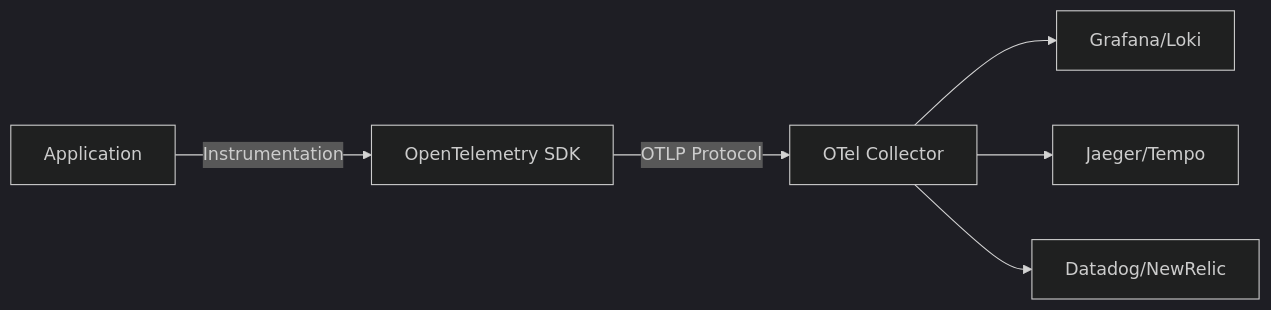
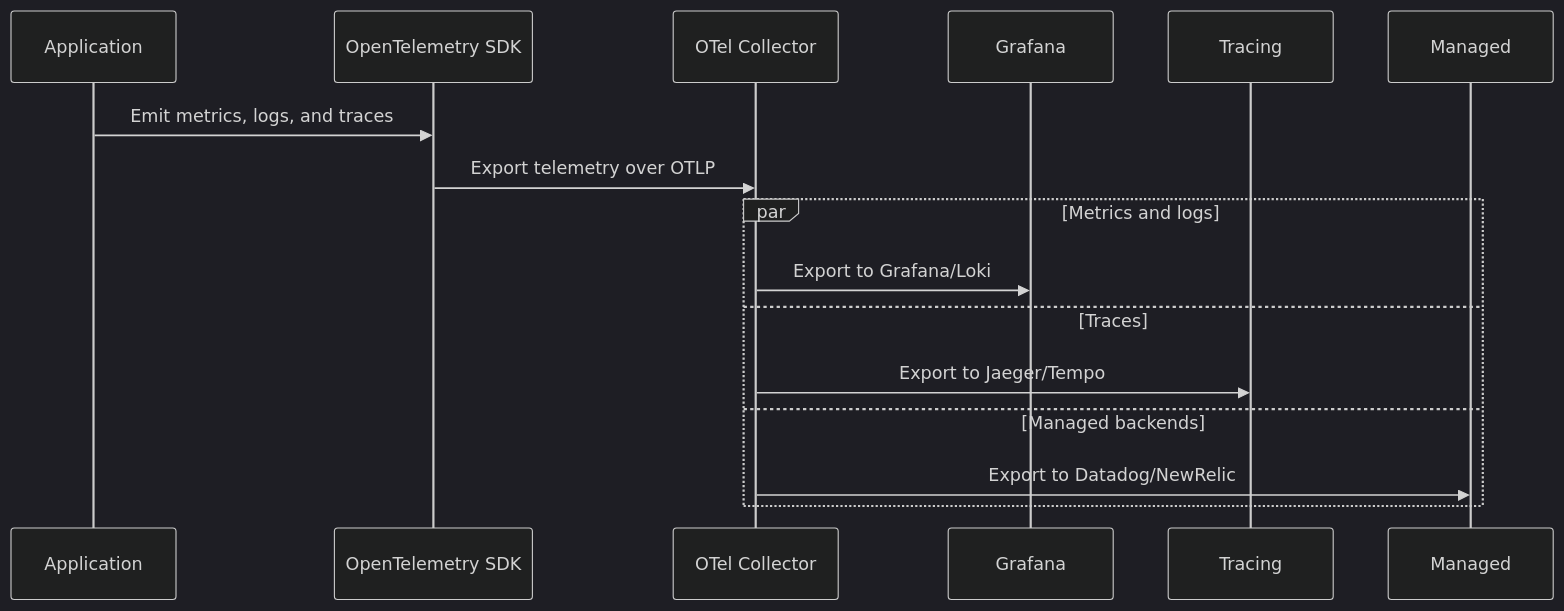
The second of 2 diagrams in content/articles/observability-systems/index.md (dyotamo/blog), drawn with Mermaid (dark theme) before and after one commit. The commit also changed other lines of this file and 26 other files, not shown here.

````diff
--- a/content/articles/observability-systems/index.md
+++ b/content/articles/observability-systems/index.md
@@ -85,8 +85,15 @@
 ```mermaid
-graph LR
-    App[Application] -->|Instrumentation| OTel[OpenTelemetry SDK]
-    OTel -->|OTLP Protocol| Collector[OTel Collector]
-    Collector --> Backend1[Grafana/Loki]
-    Collector --> Backend2[Jaeger/Tempo]
-    Collector --> Backend3[Datadog/NewRelic]
+sequenceDiagram
+    participant App as Application
+    participant SDK as OpenTelemetry SDK
+    participant Collector as OTel Collector
+    App->>SDK: Emit metrics, logs, and traces
+    SDK->>Collector: Export telemetry over OTLP
+    par Metrics and logs
+        Collector->>Grafana: Export to Grafana/Loki
+    and Traces
+        Collector->>Tracing: Export to Jaeger/Tempo
+    and Managed backends
+        Collector->>Managed: Export to Datadog/NewRelic
+    end
 ```
````
